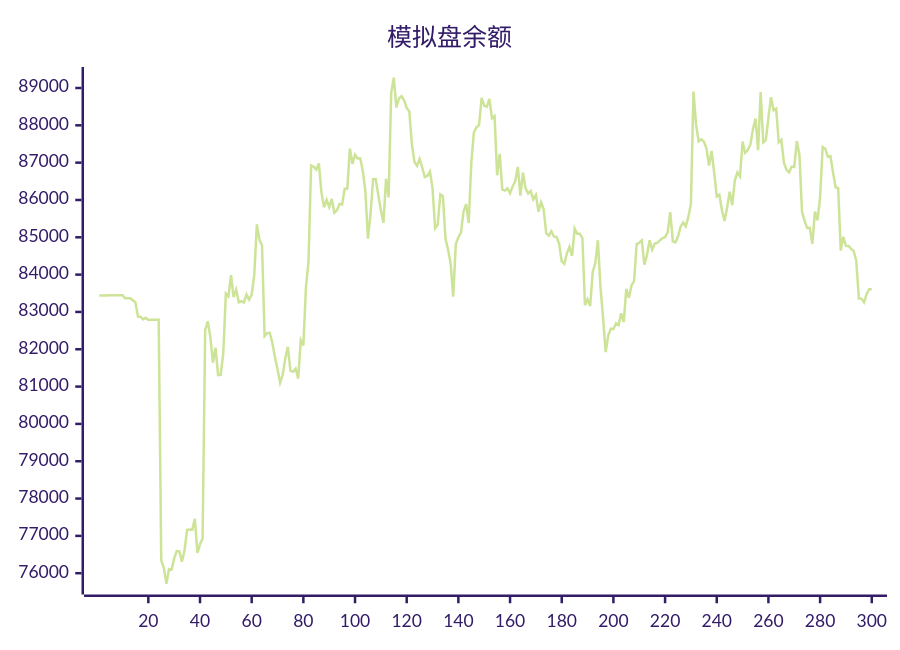
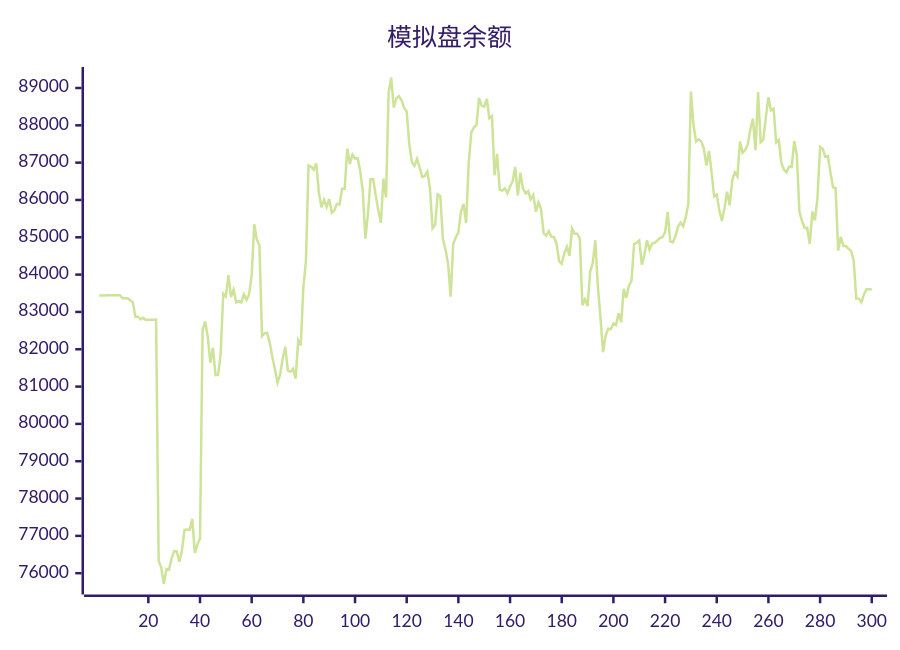
Before and after one commit to aahl/ai-trading: the diagram in README.md, drawn with Mermaid (forest theme). The commit also changed other lines of this file and 1 other file, not shown here.

````diff
--- a/README.md
+++ b/README.md
@@ -5,5 +5,5 @@
 ```mermaid
 xychart
     title "模拟盘余额"
-    line [83440,83439,83440,83440,83446,83447,83448,83447,83448,83449,83369,83369,83369,83313,83256,82872,82873,82801,82844,82785,82791,82791,82793,82794,76339,76145,75714,76110,76096,76397,76594,76585,76310,76607,77160,77170,77160,77456,76541,76774,76927,82520,82744,82337,81639,82040,81307,81314,81887,83490,83414,83984,83396,83594,83261,83287,83253,83470,83327,83465,83987,85348,84930,84786,82355,82433,82438,82167,81795,81466,81105,81315,81756,82064,81426,81398,81481,81210,82242,82099,83658,84359,86925,86892,86814,86980,86203,85802,86003,85811,86028,85657,85721,85896,85880,86300,86299,87378,86965,87214,87115,87118,86780,86238,84966,85623,86555,86562,86129,85722,85387,86569,86070,88870,89278,88477,88720,88781,88668,88467,88372,87493,87018,86917,87102,86870,86613,86644,86758,86317,85242,85334,86149,86106,84968,84671,84302,83410,84816,85001,85127,85693,85891,85384,87001,87811,87945,88007,88734,88528,88495,88705,88189,88248,86662,87234,86279,86251,86314,86177,86364,86503,86886,86114,86731,86310,86176,86240,86017,86136,85685,85938,85749,85111,85044,85164,85016,85008,84824,84354,84287,84572,84745,84500,85234,85096,85095,84970,83180,83338,83157,84070,84309,84922,83667,82850,81924,82369,82552,82539,82695,82648,82962,82728,83619,83378,83710,83825,84819,84854,84917,84265,84527,84919,84668,84834,84850,84916,84981,85004,85131,85674,84891,84864,85019,85284,85393,85294,85538,85894,88904,88012,87567,87625,87568,87386,86920,87313,86737,86094,86143,85725,85437,85787,86219,85859,86526,86740,86630,87563,87264,87335,87483,87886,88180,87335,88894,87544,87608,88207,88755,88401,88444,87543,87608,87000,86810,86740,86894,86884,87576,87209,85686,85435,85251,85255,84820,85689,85453,86066,87420,87373,87161,87178,86740,86341,86315,84643,85012,84772,84768,84690,84635,84376,83360,83357,83259,83474,83608,83606]
+    line [83439,83440,83440,83446,83447,83448,83447,83448,83449,83369,83369,83369,83313,83256,82872,82873,82801,82844,82785,82791,82791,82793,82794,76339,76145,75714,76110,76096,76397,76594,76585,76310,76607,77160,77170,77160,77456,76541,76774,76927,82520,82744,82337,81639,82040,81307,81314,81887,83490,83414,83984,83396,83594,83261,83287,83253,83470,83327,83465,83987,85348,84930,84786,82355,82433,82438,82167,81795,81466,81105,81315,81756,82064,81426,81398,81481,81210,82242,82099,83658,84359,86925,86892,86814,86980,86203,85802,86003,85811,86028,85657,85721,85896,85880,86300,86299,87378,86965,87214,87115,87118,86780,86238,84966,85623,86555,86562,86129,85722,85387,86569,86070,88870,89278,88477,88720,88781,88668,88467,88372,87493,87018,86917,87102,86870,86613,86644,86758,86317,85242,85334,86149,86106,84968,84671,84302,83410,84816,85001,85127,85693,85891,85384,87001,87811,87945,88007,88734,88528,88495,88705,88189,88248,86662,87234,86279,86251,86314,86177,86364,86503,86886,86114,86731,86310,86176,86240,86017,86136,85685,85938,85749,85111,85044,85164,85016,85008,84824,84354,84287,84572,84745,84500,85234,85096,85095,84970,83180,83338,83157,84070,84309,84922,83667,82850,81924,82369,82552,82539,82695,82648,82962,82728,83619,83378,83710,83825,84819,84854,84917,84265,84527,84919,84668,84834,84850,84916,84981,85004,85131,85674,84891,84864,85019,85284,85393,85294,85538,85894,88904,88012,87567,87625,87568,87386,86920,87313,86737,86094,86143,85725,85437,85787,86219,85859,86526,86740,86630,87563,87264,87335,87483,87886,88180,87335,88894,87544,87608,88207,88755,88401,88444,87543,87608,87000,86810,86740,86894,86884,87576,87209,85686,85435,85251,85255,84820,85689,85453,86066,87420,87373,87161,87178,86740,86341,86315,84643,85012,84772,84768,84690,84635,84376,83360,83357,83259,83474,83608,83606,83602]
 ```
````
